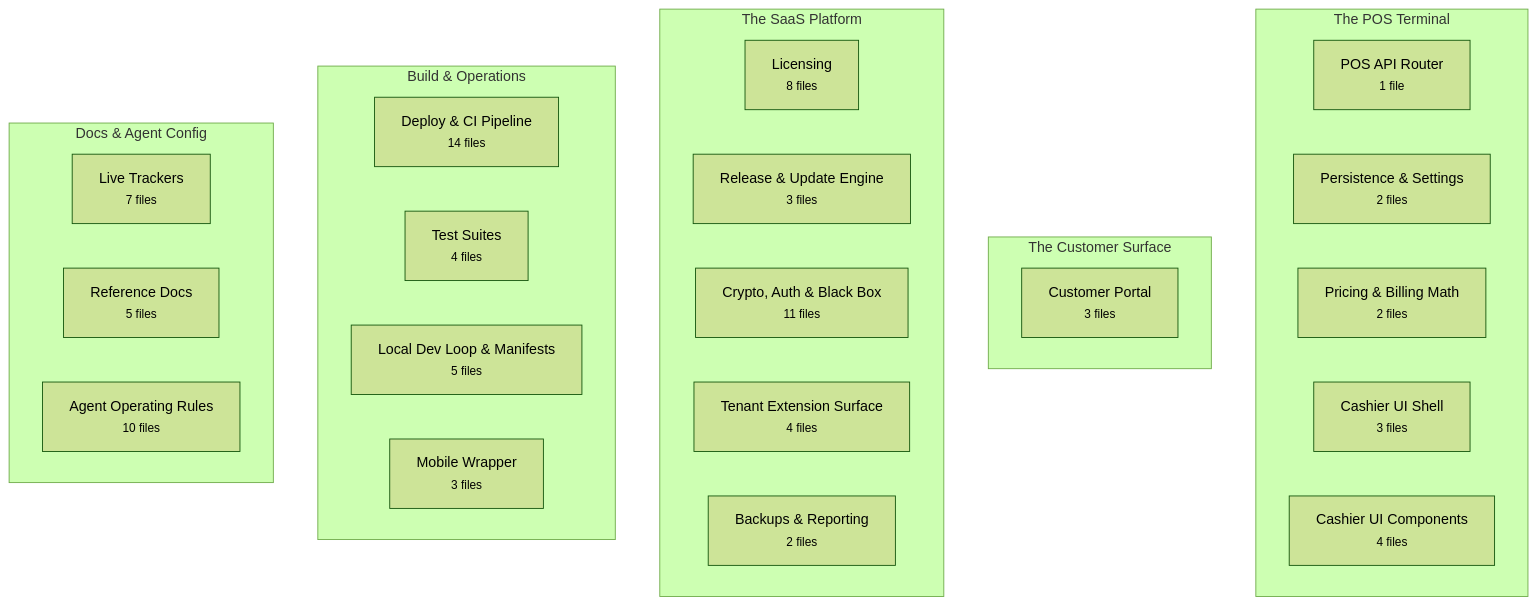
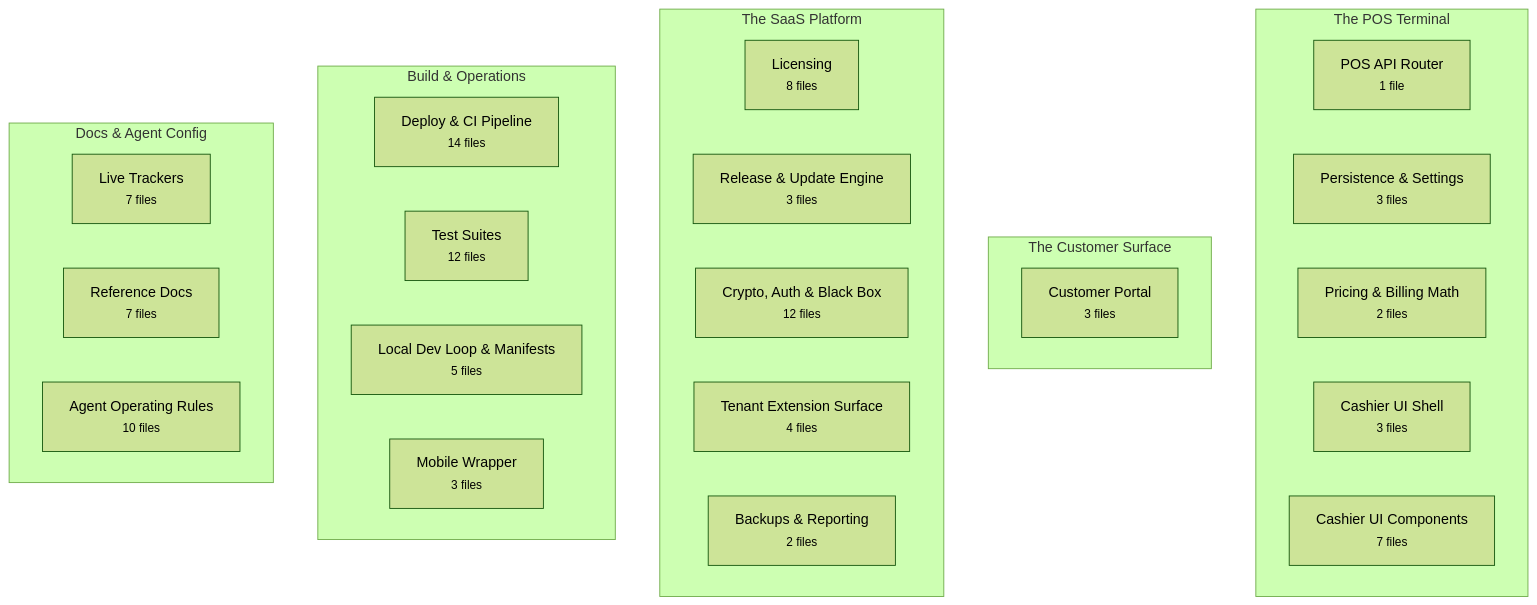
Before and after one commit to Vishalnayak226/gold_pos: the first of 2 diagrams in docs/brain/BRAIN.md, drawn with Mermaid (forest theme). The commit also changed other lines of this file and 42 other files, not shown here.

````diff
--- a/docs/brain/BRAIN.md
+++ b/docs/brain/BRAIN.md
@@ -20,36 +20,36 @@
 ```mermaid
 flowchart TB
   subgraph pos["The POS Terminal"]
     direction LR
     pos_api["POS API Router<br/><small>1 file</small>"]
-    persistence["Persistence & Settings<br/><small>2 files</small>"]
+    persistence["Persistence & Settings<br/><small>3 files</small>"]
     pricing["Pricing & Billing Math<br/><small>2 files</small>"]
     pos_ui["Cashier UI Shell<br/><small>3 files</small>"]
-    pos_components["Cashier UI Components<br/><small>4 files</small>"]
+    pos_components["Cashier UI Components<br/><small>7 files</small>"]
   end
   subgraph customer["The Customer Surface"]
     direction LR
     customer_portal["Customer Portal<br/><small>3 files</small>"]
   end
   subgraph platform["The SaaS Platform"]
     direction LR
     licensing["Licensing<br/><small>8 files</small>"]
     updates["Release & Update Engine<br/><small>3 files</small>"]
-    security["Crypto, Auth & Black Box<br/><small>11 files</small>"]
+    security["Crypto, Auth & Black Box<br/><small>12 files</small>"]
     extensions["Tenant Extension Surface<br/><small>4 files</small>"]
     maintenance["Backups & Reporting<br/><small>2 files</small>"]
   end
   subgraph ops["Build & Operations"]
     direction LR
     deploy["Deploy & CI Pipeline<br/><small>14 files</small>"]
-    tests["Test Suites<br/><small>4 files</small>"]
+    tests["Test Suites<br/><small>12 files</small>"]
     dev_loop["Local Dev Loop & Manifests<br/><small>5 files</small>"]
     mobile["Mobile Wrapper<br/><small>3 files</small>"]
   end
   subgraph knowledge["Docs & Agent Config"]
     direction LR
     trackers["Live Trackers<br/><small>7 files</small>"]
-    reference["Reference Docs<br/><small>5 files</small>"]
+    reference["Reference Docs<br/><small>7 files</small>"]
     agent_config["Agent Operating Rules<br/><small>10 files</small>"]
   end
 ```
````
